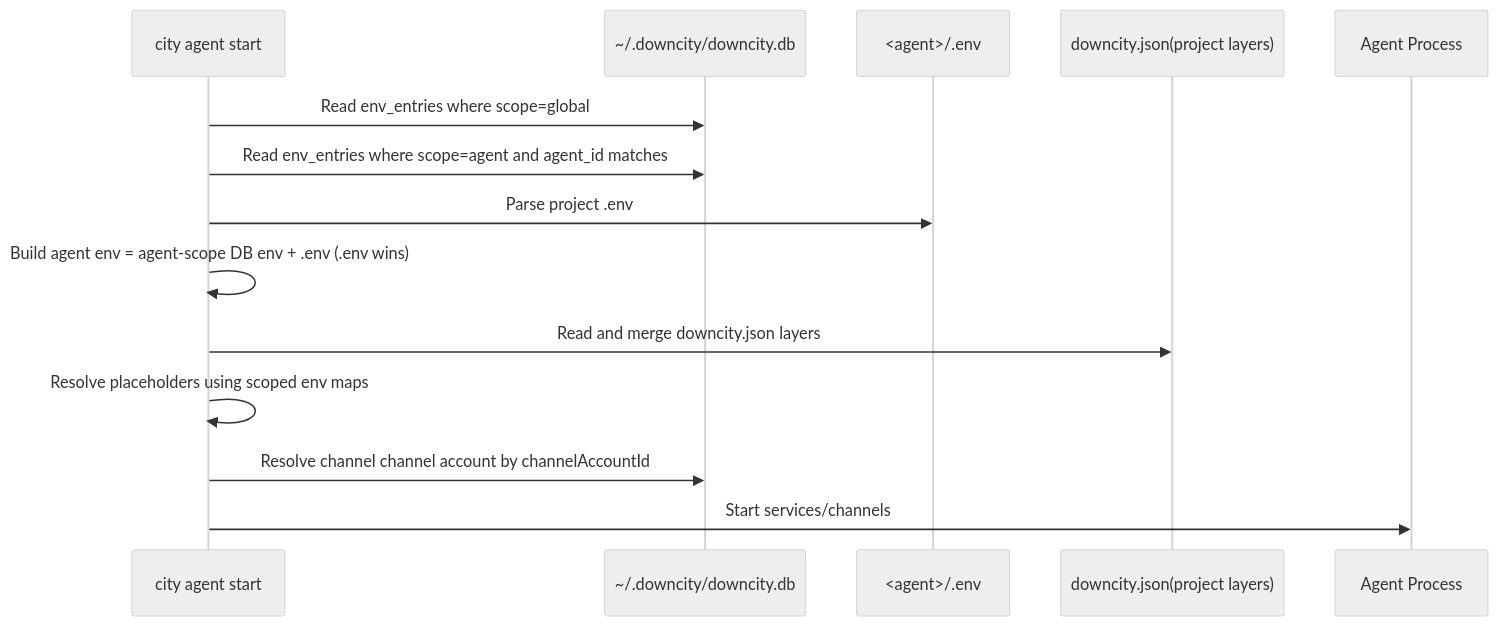
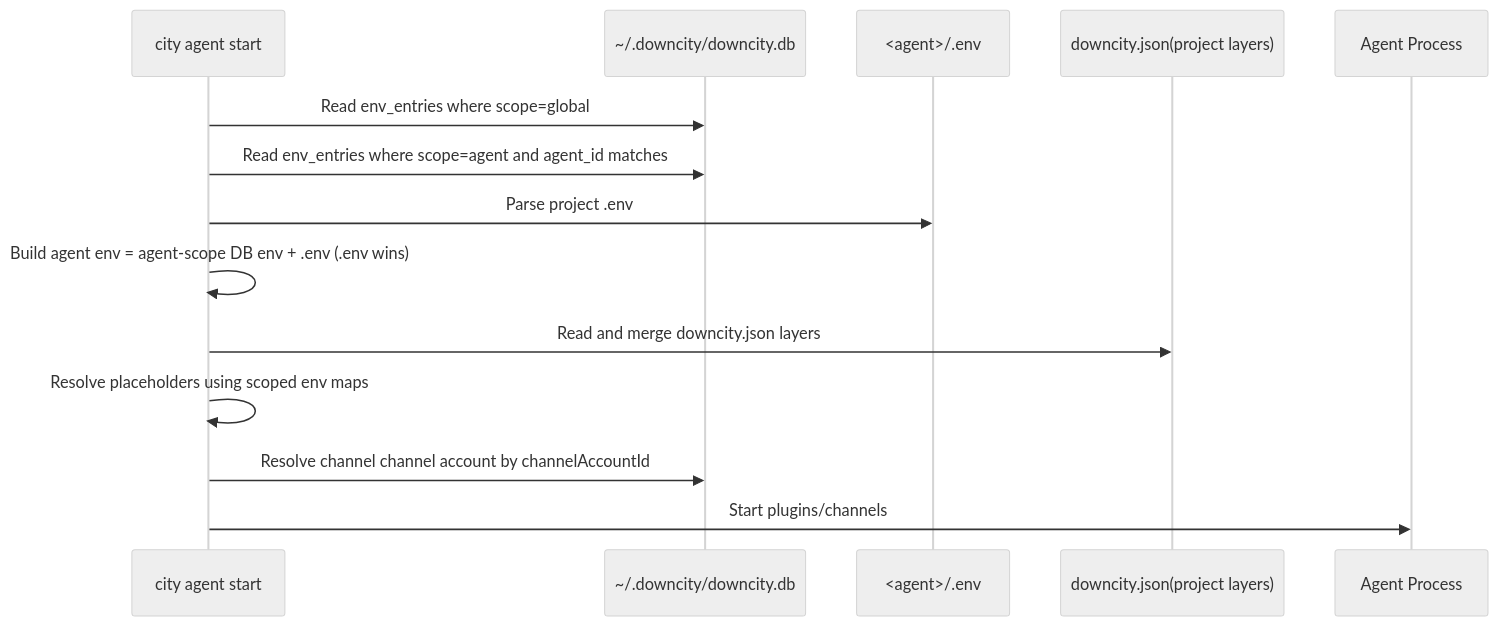
The first of 2 diagrams in homepage/content/docs/en/configuration/environment-variables.mdx (wangenius/downcity), drawn with Mermaid (neutral theme) before and after one commit. The commit also changed other lines of this file and 433 other files, not shown here.

Commit message:
refactor(agent,city): unify plugin-session architecture

````diff
--- a/homepage/content/docs/en/configuration/environment-variables.mdx
+++ b/homepage/content/docs/en/configuration/environment-variables.mdx
@@ -36,17 +36,17 @@
 ```mermaid
 sequenceDiagram
   participant CLI as city agent start
   participant DB as ~/.downcity/downcity.db
   participant ENV as <agent>/.env
   participant JSON as downcity.json(project layers)
   participant RT as Agent Process
 
   CLI->>DB: Read env_entries where scope=global
   CLI->>DB: Read env_entries where scope=agent and agent_id matches
   CLI->>ENV: Parse project .env
   CLI->>CLI: Build agent env = agent-scope DB env + .env (.env wins)
   CLI->>JSON: Read and merge downcity.json layers
   CLI->>CLI: Resolve placeholders using scoped env maps
   CLI->>DB: Resolve channel channel account by channelAccountId
-  CLI->>RT: Start services/channels
+  CLI->>RT: Start plugins/channels
 ```
````
